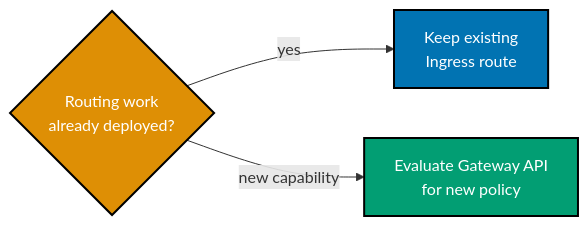
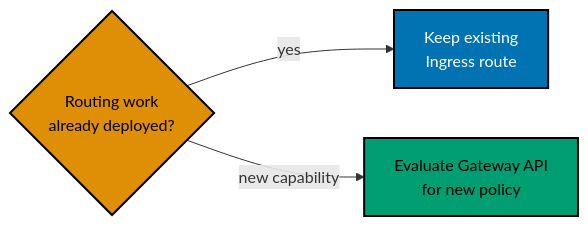
Diagram 16 of 17 in apps/ayokoding-www/content/en/learn/courses/containers-and-orchestration/learning/intermediate.md (wahidyankf/ose-public), drawn with Mermaid before and after one commit. The commit also changed other lines of this file and 144 other files, not shown here.

First line of the commit message:
fix(mermaid): bring the first half of the courses diagrams onto the accessible palette

````diff
--- a/apps/ayokoding-www/content/en/learn/courses/containers-and-orchestration/learning/intermediate.md
+++ b/apps/ayokoding-www/content/en/learn/courses/containers-and-orchestration/learning/intermediate.md
@@ -1154,12 +1199,15 @@
 ```mermaid
 %% Color Palette: Blue #0173B2, Orange #DE8F05, Teal #029E73; color-blind friendly WCAG AA palette
 graph LR
+    accTitle: Example 54: Ingress frozen and Gateway API
+    accDescr: Graph with 3 nodes and 2 connections. Nodes: Routing work already deployed?, Keep existing Ingress route, Evaluate Gateway API for new policy. Connections: Routing work already deployed? to Keep existing Ingress route (yes), Routing work already deployed? to Evaluate Gateway API for new policy (new capability).
     D{"Routing work<br/>already deployed?"}:::orange
     I["Keep existing<br/>Ingress route"]:::blue
     G["Evaluate Gateway API<br/>for new policy"]:::teal
     D -->|"yes"| I
     D -->|"new capability"| G
     classDef blue fill:#0173B2,stroke:#000000,color:#FFFFFF,stroke-width:2px
-    classDef teal fill:#029E73,stroke:#000000,color:#FFFFFF,stroke-width:2px
-    classDef orange fill:#DE8F05,stroke:#000000,color:#FFFFFF,stroke-width:2px
+    classDef teal fill:#029E73,stroke:#000000,color:#000000,stroke-width:2px
+    classDef orange fill:#DE8F05,stroke:#000000,color:#000000,stroke-width:2px
+    classDef default fill:#FFFFFF,stroke:#000000,color:#000000
 ```
````
